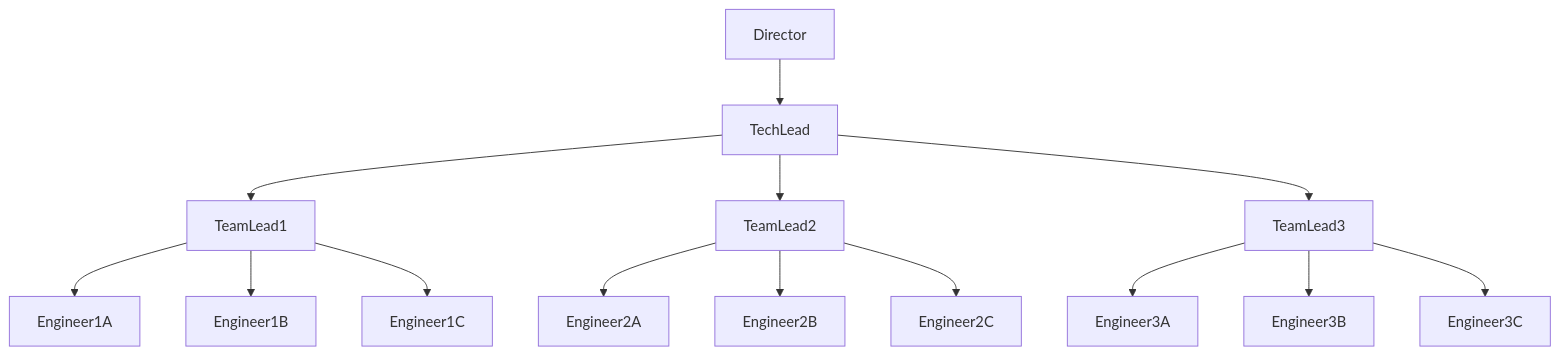
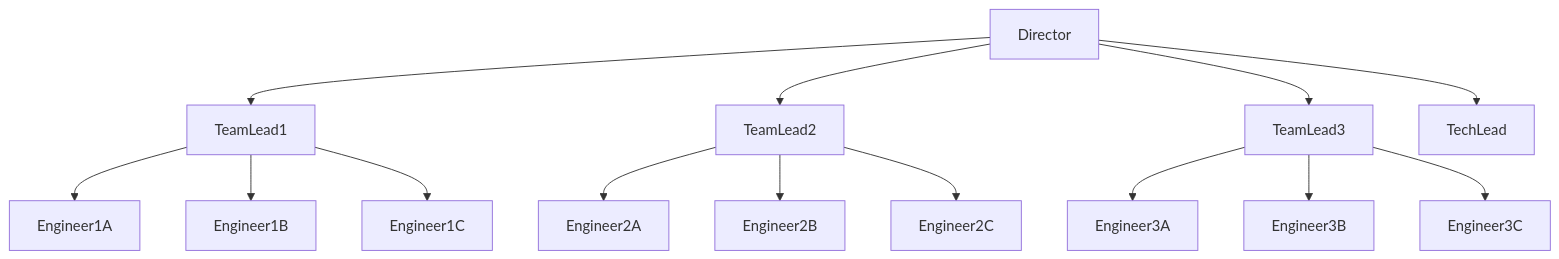
Before and after one commit to AJStangl/reddit-bot-gpt2-xl: the diagram in README.md, drawn with Mermaid.

````diff
--- a/README.md
+++ b/README.md
@@ -2,20 +2,21 @@
 ```mermaid
 graph TD;
+    Director --> TeamLead1;
+    Director --> TeamLead2;
+    Director --> TeamLead3;
     Director --> TechLead;
-    TechLead --> TeamLead1;
-    TechLead --> TeamLead2;
-    TechLead --> TeamLead3;
 
     TeamLead1 --> Engineer1A;
     TeamLead1 --> Engineer1B;
     TeamLead1 --> Engineer1C;
 
     TeamLead2 --> Engineer2A;
     TeamLead2 --> Engineer2B;
     TeamLead2 --> Engineer2C;
 
     TeamLead3 --> Engineer3A;
     TeamLead3 --> Engineer3B;
     TeamLead3 --> Engineer3C;
 
+
 ```
````
